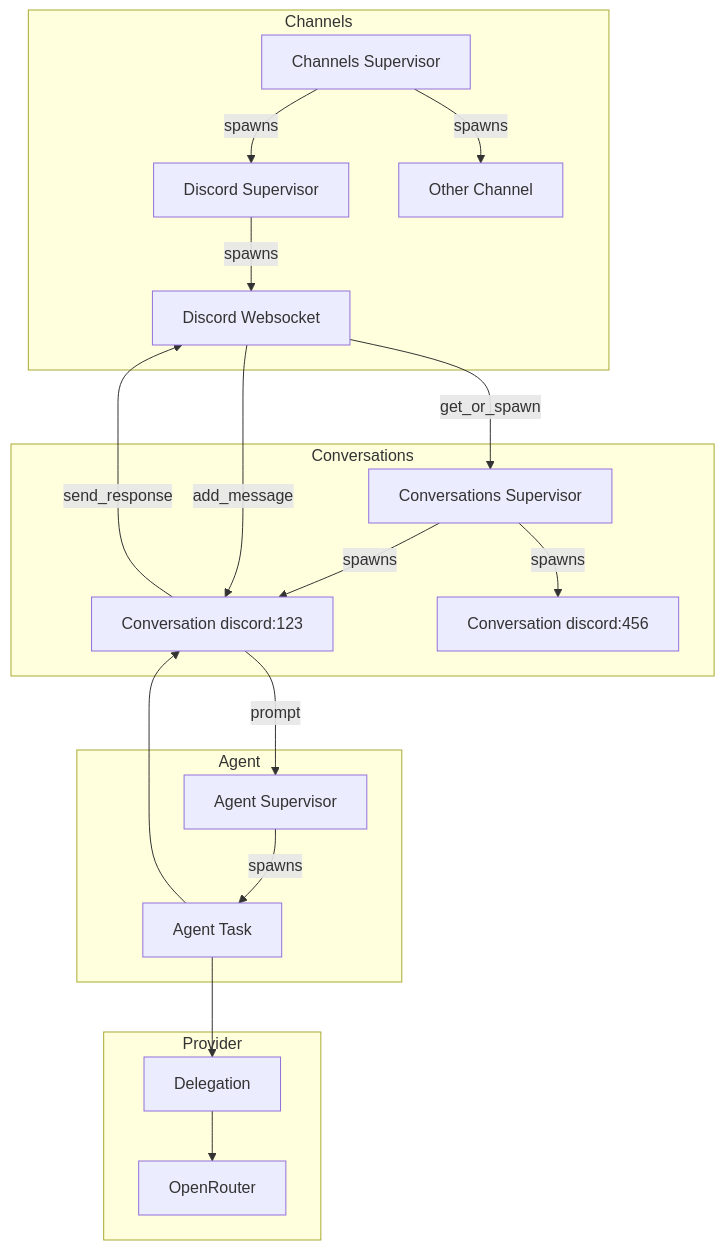
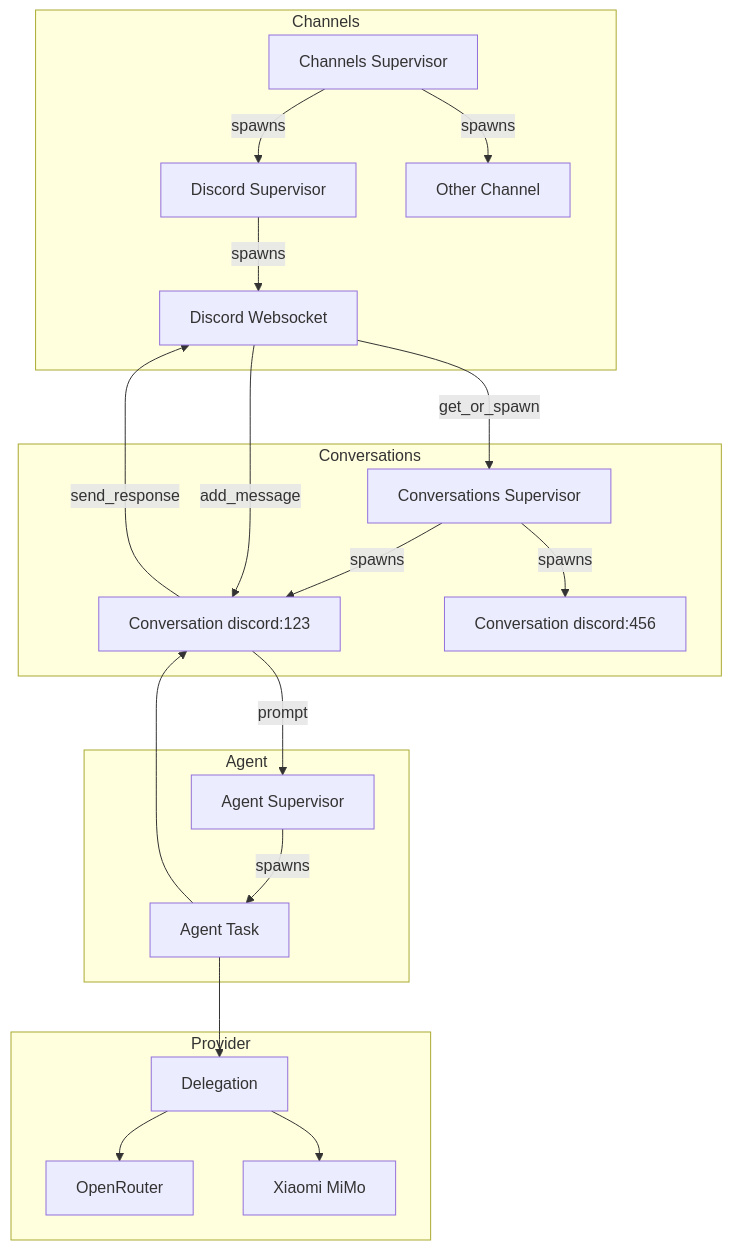
The diagram in README.md (FloatingGhost/lobber), drawn with Mermaid before and after one commit.

````diff
--- a/README.md
+++ b/README.md
@@ -32,36 +32,37 @@
 ```mermaid
 graph TD
   subgraph Channels
     CSV[Channels Supervisor] --> |spawns|DSV[Discord Supervisor]
     DSV --> |spawns|DWS[Discord Websocket]
     CSV[Channels Supervisor] --> |spawns|O[Other Channel]
   end
 
   subgraph Conversations
     DWS -->|get_or_spawn| CONVS[Conversations Supervisor]
     CONVS -->|spawns| C1[Conversation discord:123]
     CONVS -->|spawns| C2[Conversation discord:456]
 
     DWS --> |add_message| C1
     C1 --> |send_response| DWS
   end
 
   subgraph Agent
     ASV[Agent Supervisor]
     ASV --> |spawns|AT[Agent Task]
 
     AT --> C1
 
     C1 --> |prompt| ASV
   end
 
   subgraph Provider
     DL[Delegation]
 
     OR[OpenRouter]
 
     DL --> OR
+    DL --> XM[Xiaomi MiMo]
   end
 
   AT --> DL
 ```
````
